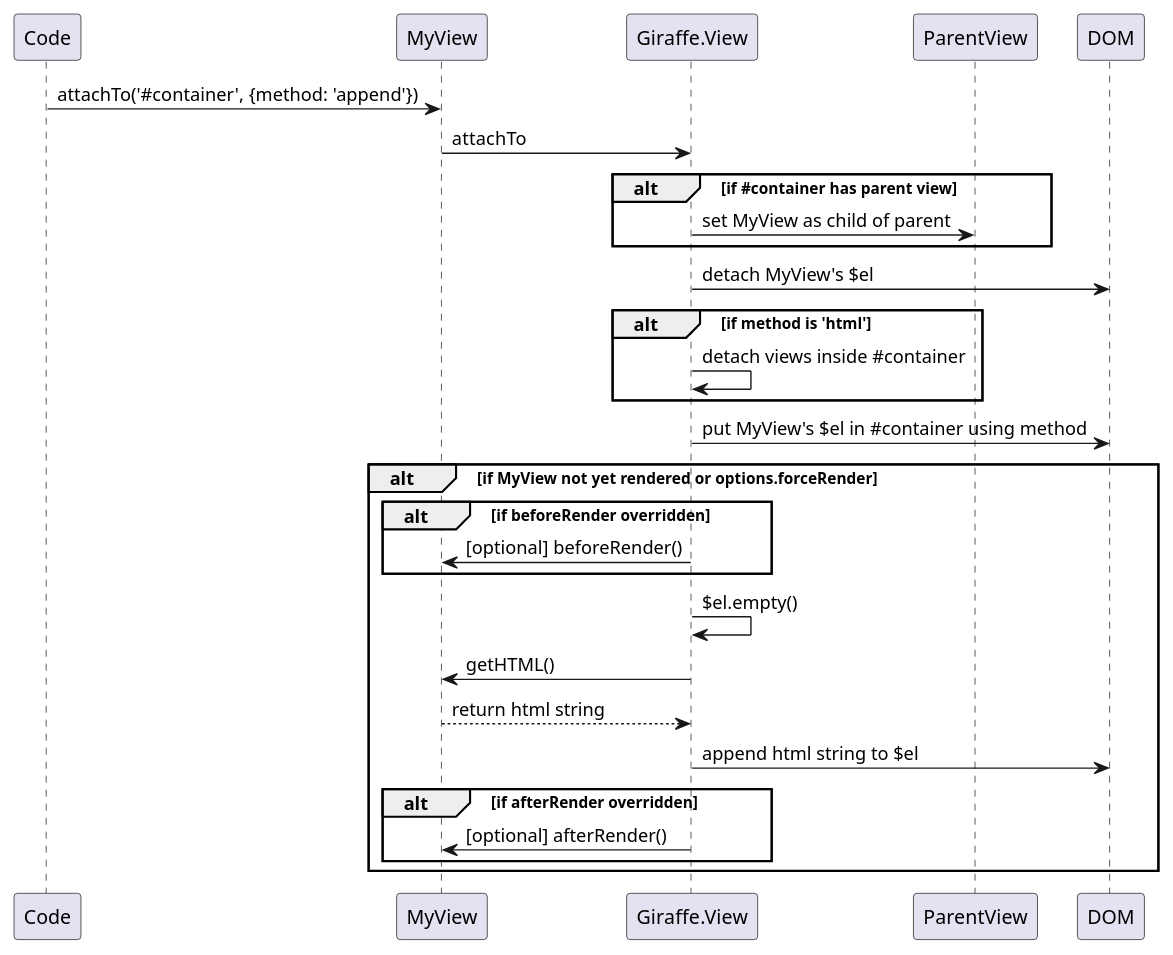
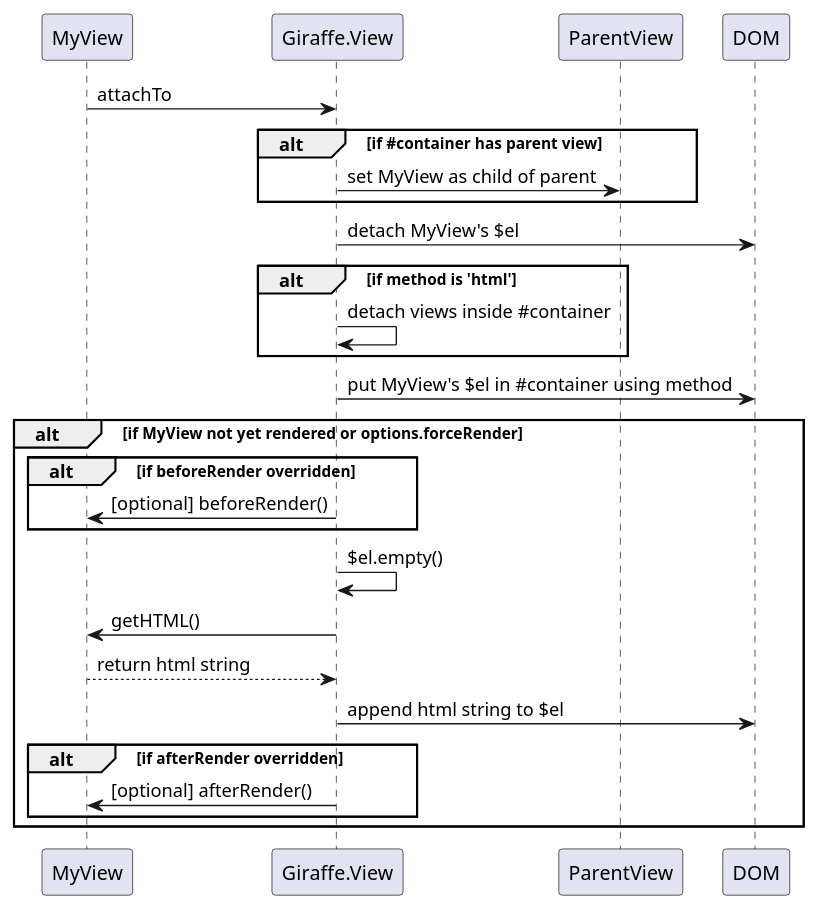
The second of 2 diagrams in src/docs/viewBasics.md (barc/backbone.giraffe), drawn with PlantUML before and after one commit. The commit also changed other lines of this file and 33 other files, not shown here.

````diff
--- a/src/docs/viewBasics.md
+++ b/src/docs/viewBasics.md
@@ -142,39 +142,36 @@
 ```uml
-participant Code
 participant MyView
 participant GView as "Giraffe.View"
-
-Code -> MyView: attachTo('#container', {method: 'append'})
 
 MyView -> GView: attachTo
 
 alt if #container has parent view
     GView -> ParentView: set MyView as child of parent
 end
 
 GView -> DOM: detach MyView's $el
 
 alt if method is 'html'
   GView -> GView: detach views inside #container
 end
 
 GView -> DOM: put MyView's $el in #container using method
 
 alt if MyView not yet rendered or options.forceRender
   alt if beforeRender overridden
       GView -> MyView: [optional] beforeRender()
   end
 
   GView -> GView: $el.empty()
 
   GView -> MyView: getHTML()
 
   MyView --> GView: return html string
 
   GView -> DOM: append html string to $el
 
   alt if afterRender overridden
       GView -> MyView: [optional] afterRender()
   end
 end
 ```
````
